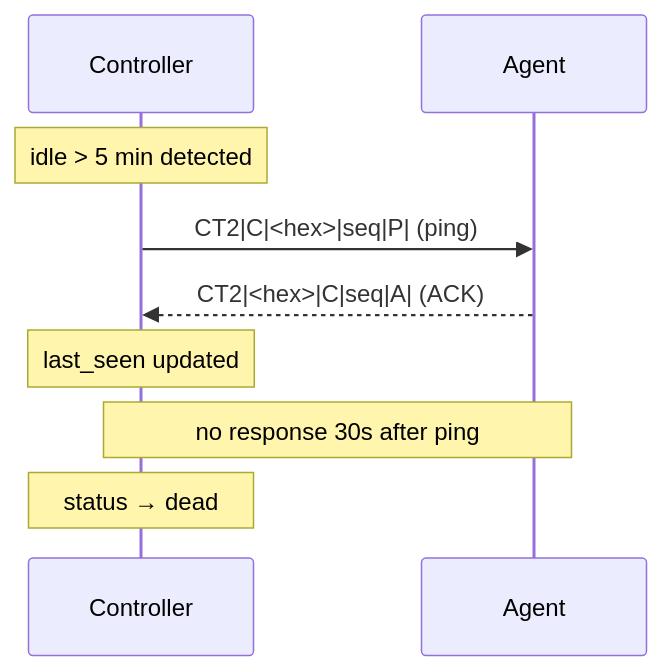
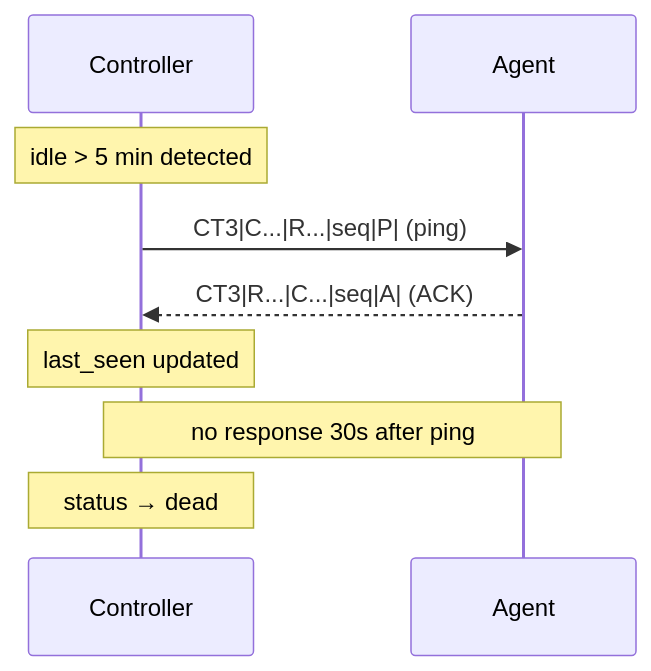
One commit to jordi-murgo/cliptunnel-mcp changed the fourth of 4 diagrams in README.md. Above: the diagram before and after it, drawn with Mermaid. The commit also changed other lines of this file and 13 other files, not shown here.

````diff
--- a/README.md
+++ b/README.md
@@ -87,13 +111,13 @@
 ```mermaid
 sequenceDiagram
     participant C as Controller
     participant A as Agent
 
     Note over C: idle > 5 min detected
-    C->>A: CT2|C|<hex>|seq|P| (ping)
-    A-->>C: CT2|<hex>|C|seq|A| (ACK)
+    C->>A: CT3|C...|R...|seq|P| (ping)
+    A-->>C: CT3|R...|C...|seq|A| (ACK)
     Note over C: last_seen updated
 
     Note over C,A: no response 30s after ping
     Note over C: status → dead
 ```
````
